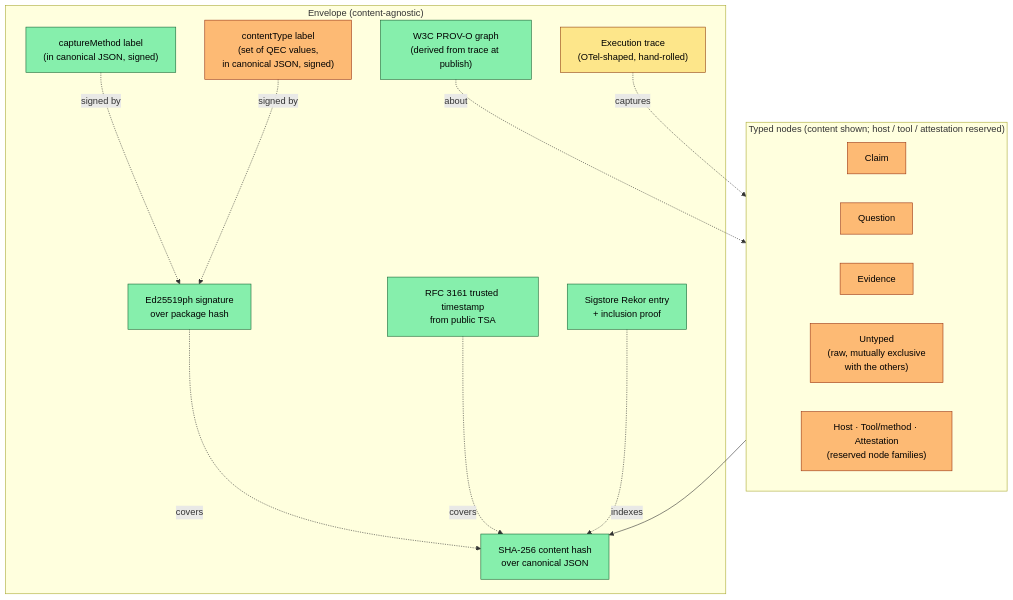
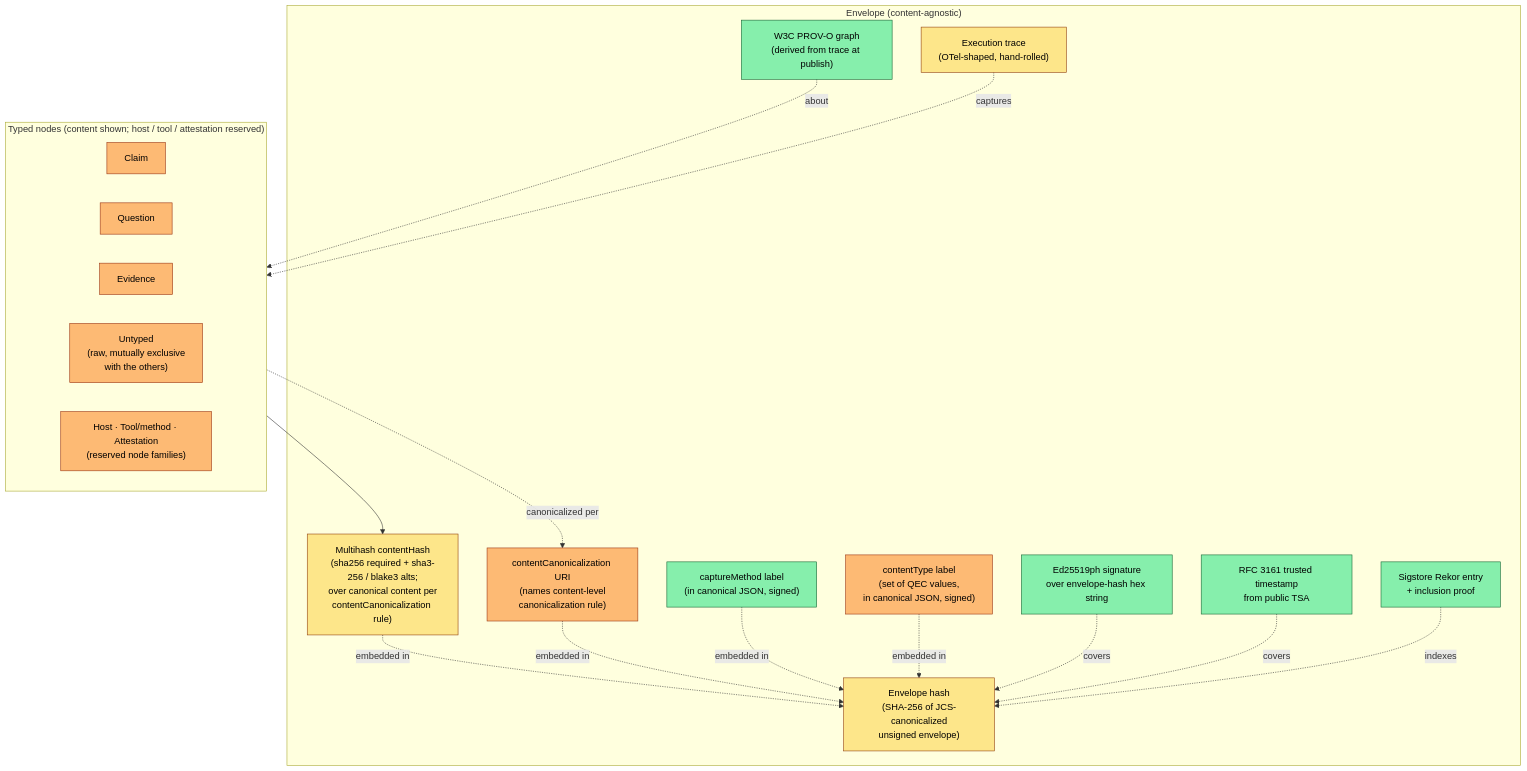
The second of 4 diagrams in docs/architecture/typed-standards-proposal.md (npstorey/civic-ai-tools), drawn with Mermaid before and after one commit. The commit also changed other lines of this file and 4 other files, not shown here.

````diff
--- a/docs/architecture/typed-standards-proposal.md
+++ b/docs/architecture/typed-standards-proposal.md
@@ -81,34 +81,39 @@
 ```mermaid
 flowchart TB
     subgraph ENV["Envelope (content-agnostic)"]
-        HASH["SHA-256 content hash<br/>over canonical JSON"]:::built
-        SIG["Ed25519ph signature<br/>over package hash"]:::built
+        ENVH["Envelope hash<br/>(SHA-256 of JCS-canonicalized<br/>unsigned envelope)"]:::partial
+        HASH["Multihash contentHash<br/>(sha256 required + sha3-256 / blake3 alts;<br/>over canonical content per<br/>contentCanonicalization rule)"]:::partial
+        CANON["contentCanonicalization URI<br/>(names content-level<br/>canonicalization rule)"]:::reserved
+        SIG["Ed25519ph signature<br/>over envelope-hash hex string"]:::built
         TS["RFC 3161 trusted timestamp<br/>from public TSA"]:::built
         REK["Sigstore Rekor entry<br/>+ inclusion proof"]:::built
         CM["captureMethod label<br/>(in canonical JSON, signed)"]:::built
         CTL["contentType label<br/>(set of QEC values,<br/>in canonical JSON, signed)"]:::reserved
         PROV["W3C PROV-O graph<br/>(derived from trace at publish)"]:::built
         TR["Execution trace<br/>(OTel-shaped, hand-rolled)"]:::partial
     end
 
     subgraph CONT["Typed nodes (content shown; host / tool / attestation reserved)"]
         CL["Claim"]:::reserved
         QU["Question"]:::reserved
         EV["Evidence"]:::reserved
         UN["Untyped<br/>(raw, mutually exclusive<br/>with the others)"]:::reserved
         OTHER["Host · Tool/method · Attestation<br/>(reserved node families)"]:::reserved
     end
 
+    CONT -.canonicalized per.-> CANON
     CONT --> HASH
-    SIG -.covers.-> HASH
-    TS -.covers.-> HASH
-    REK -.indexes.-> HASH
-    CM -.signed by.-> SIG
-    CTL -.signed by.-> SIG
+    HASH -.embedded in.-> ENVH
+    CANON -.embedded in.-> ENVH
+    CM -.embedded in.-> ENVH
+    CTL -.embedded in.-> ENVH
+    SIG -.covers.-> ENVH
+    TS -.covers.-> ENVH
+    REK -.indexes.-> ENVH
     PROV -.about.-> CONT
     TR -.captures.-> CONT
 
     classDef built fill:#86efac,stroke:#166534,color:#000
     classDef partial fill:#fde68a,stroke:#92400e,color:#000
     classDef reserved fill:#fdba74,stroke:#9a3412,color:#000
 ```
````
